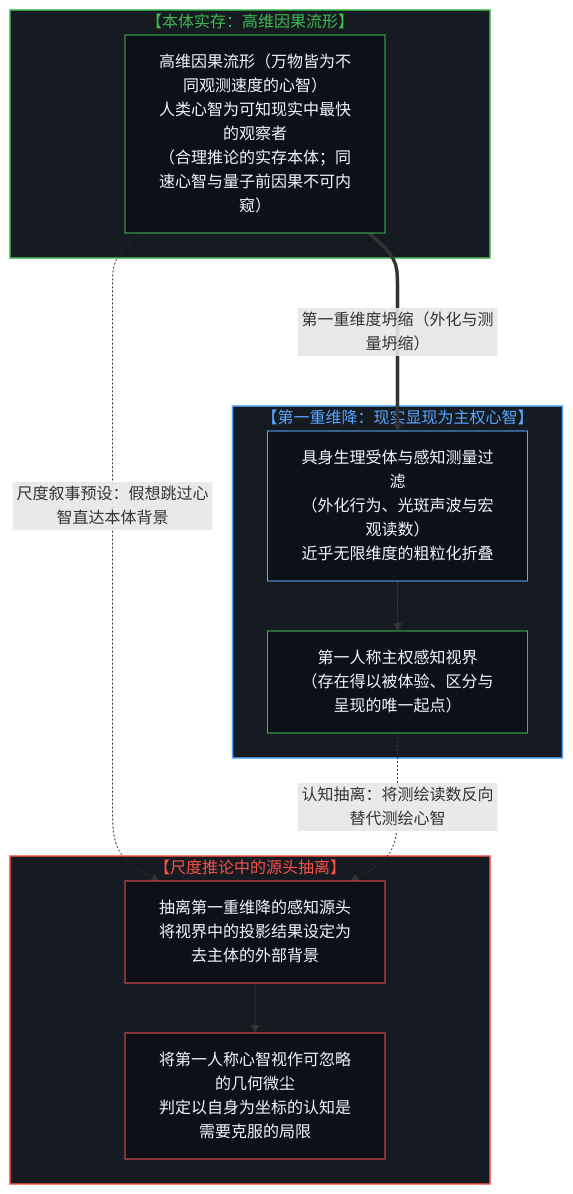
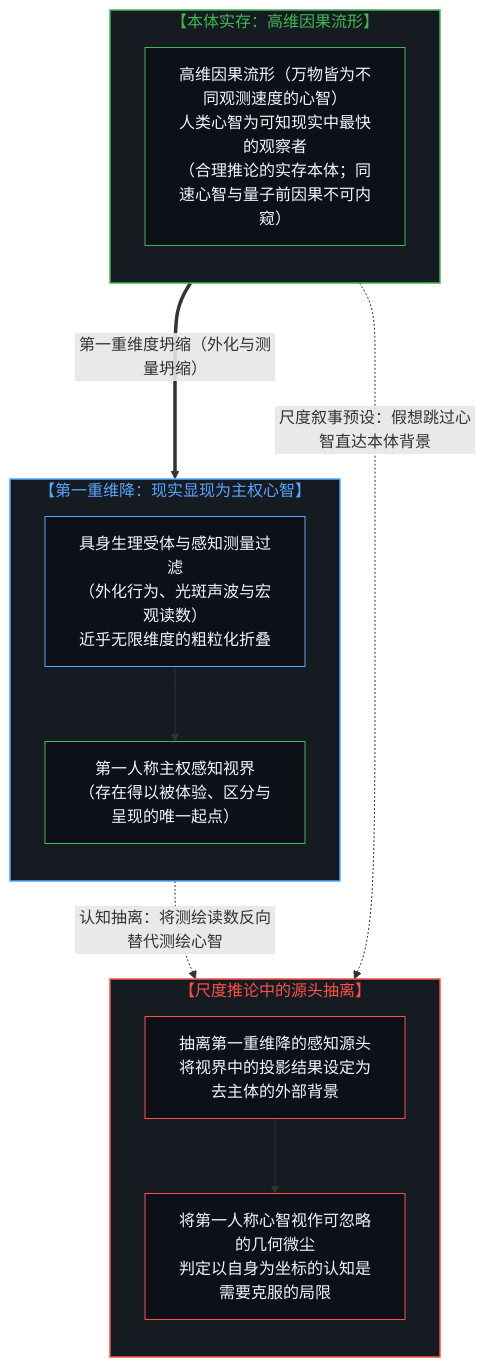
Before and after one commit to powerpig99/not-a-toe: the first of 8 diagrams in content/posts/one-cannot-escape-ones-own-mind.md, drawn with Mermaid. The commit also changed other lines of this file and 6 other files, not shown here.

````diff
--- a/content/posts/one-cannot-escape-ones-own-mind.md
+++ b/content/posts/one-cannot-escape-ones-own-mind.md
@@ -15,31 +15,34 @@
 ```mermaid
 flowchart TD
     subgraph S_RealityOrigin ["【本体实存：高维因果流形】"]
+        direction TB
         R1["高维因果流形（万物皆为不同观测速度的心智）<br/>人类心智为可知现实中最快的观察者<br/>（合理推论的实存本体；同速心智与量子前因果不可内窥）"]
     end
 
     subgraph S_FirstCollapse ["【第一重维降：现实显现为主权心智】"]
+        direction TB
         C1["具身生理受体与感知测量过滤<br/>（外化行为、光斑声波与宏观读数）<br/>近乎无限维度的粗粒化折叠"]
         M1["第一人称主权感知视界<br/>（存在得以被体验、区分与呈现的唯一起点）"]
         C1 --> M1
     end
 
     subgraph S_TheftInversion ["【尺度推论中的源头抽离】"]
+        direction TB
         T1["抽离第一重维降的感知源头<br/>将视界中的投影结果设定为去主体的外部背景"]
         T2["将第一人称心智视作可忽略的几何微尘<br/>判定以自身为坐标的认知是需要克服的局限"]
         T1 --> T2
     end
 
     R1 ===>|"第一重维度坍缩（外化与测量坍缩）"| C1
     R1 -.->|"尺度叙事预设：假想跳过心智直达本体背景"| T1
     M1 -.->|"认知抽离：将测绘读数反向替代测绘心智"| T1
 
     style S_RealityOrigin fill:#161b22,stroke:#3fb950,stroke-width:1.5px,color:#3fb950
     style S_FirstCollapse fill:#161b22,stroke:#58a6ff,stroke-width:1.5px,color:#58a6ff
     style S_TheftInversion fill:#161b22,stroke:#f85149,stroke-width:1.5px,color:#f85149
     style R1 fill:#0d1117,stroke:#3fb950,stroke-width:1px,color:#f0f6fc
     style C1 fill:#0d1117,stroke:#58a6ff,stroke-width:1px,color:#f0f6fc
     style M1 fill:#0d1117,stroke:#3fb950,stroke-width:1px,color:#f0f6fc
     style T1 fill:#0d1117,stroke:#f85149,stroke-width:1px,color:#f0f6fc
     style T2 fill:#0d1117,stroke:#f85149,stroke-width:1px,color:#f0f6fc
 ```
````
